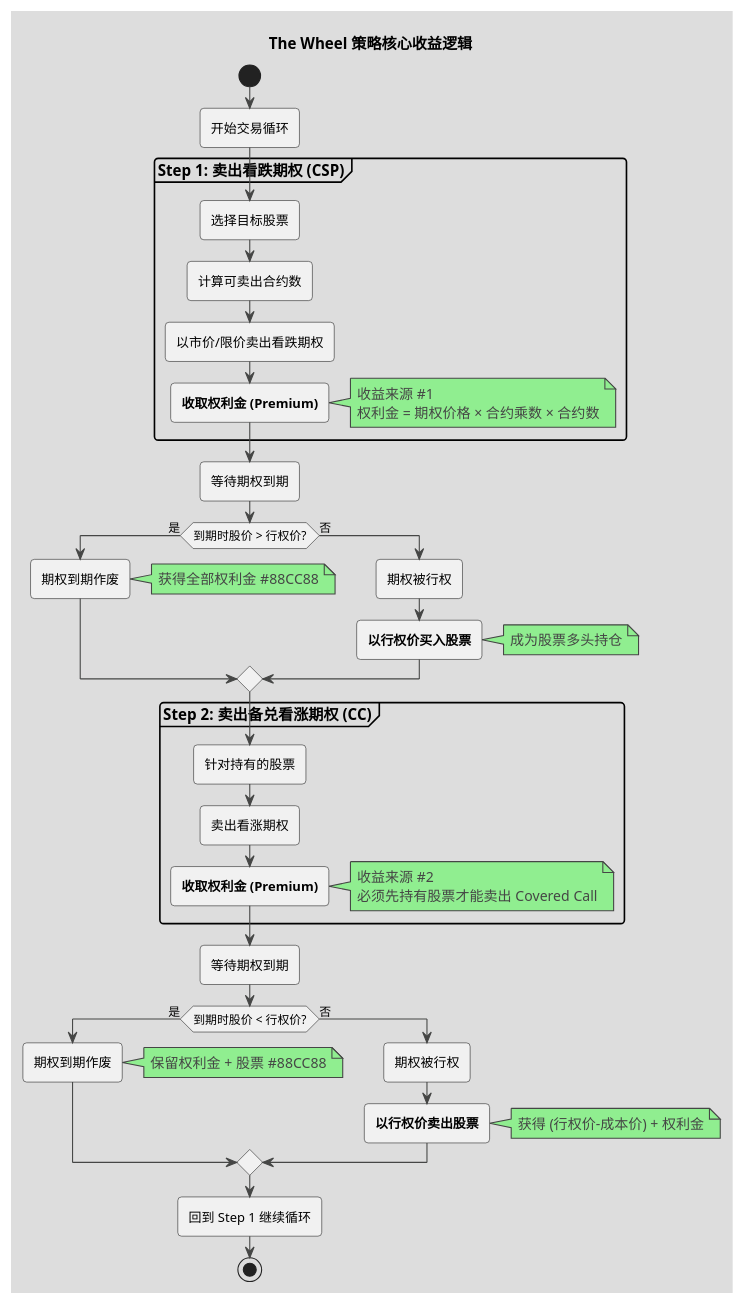
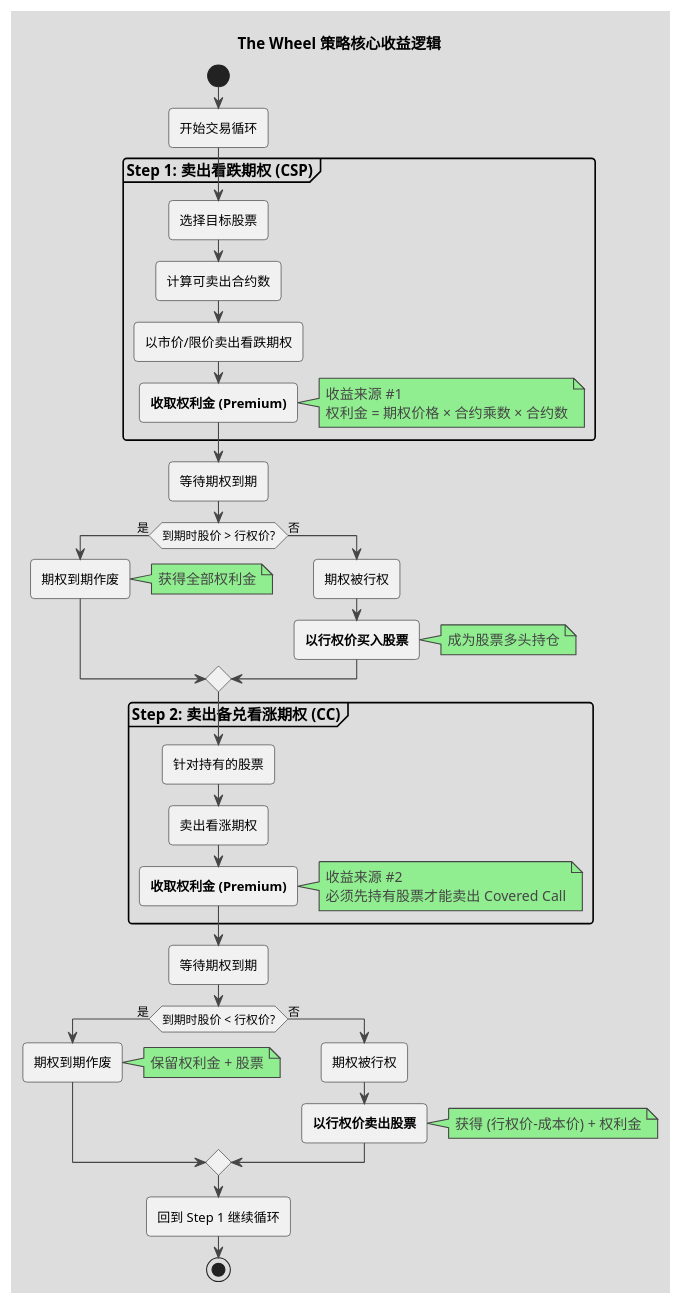
The diagram in docs/wheel_strategy_detailed.puml (yuanju/thetagang), drawn with PlantUML before and after one commit. The commit also changed 30 other files, not shown here.

```diff
--- a/docs/wheel_strategy_detailed.puml
+++ b/docs/wheel_strategy_detailed.puml
@@ -1,61 +1,61 @@
 @startuml Wheel Strategy Detailed Flow
 !theme toy
 skinparam linetype ortho
 skinparam boxpadding 25
 
 title The Wheel 策略核心收益逻辑
 
 start
 
 :开始交易循环;
 
 partition "**Step 1: 卖出看跌期权 (CSP)**" {
     :选择目标股票;
     :计算可卖出合约数;
     :以市价/限价卖出看跌期权;
     :**收取权利金 (Premium)**;
 }
 
 note right
   收益来源 #1
   权利金 = 期权价格 × 合约乘数 × 合约数
 end note
 
 :等待期权到期;
 
 if (到期时股价 > 行权价?) then (是)
     :期权到期作废;
-    note right: 获得全部权利金 #88CC88
+    note right: 获得全部权利金 
 else (否)
     :期权被行权;
     :**以行权价买入股票**;
     note right: 成为股票多头持仓
 endif
 
 partition "**Step 2: 卖出备兑看涨期权 (CC)**" {
     :针对持有的股票;
     :卖出看涨期权;
     :**收取权利金 (Premium)**;
 }
 
 note right
   收益来源 #2
   必须先持有股票才能卖出 Covered Call
 end note
 
 :等待期权到期;
 
 if (到期时股价 < 行权价?) then (是)
     :期权到期作废;
-    note right: 保留权利金 + 股票 #88CC88
+    note right: 保留权利金 + 股票 
 else (否)
     :期权被行权;
     :**以行权价卖出股票**;
     note right: 获得 (行权价-成本价) + 权利金
 endif
 
 :回到 Step 1 继续循环;
 
 stop
 
 @enduml
```
